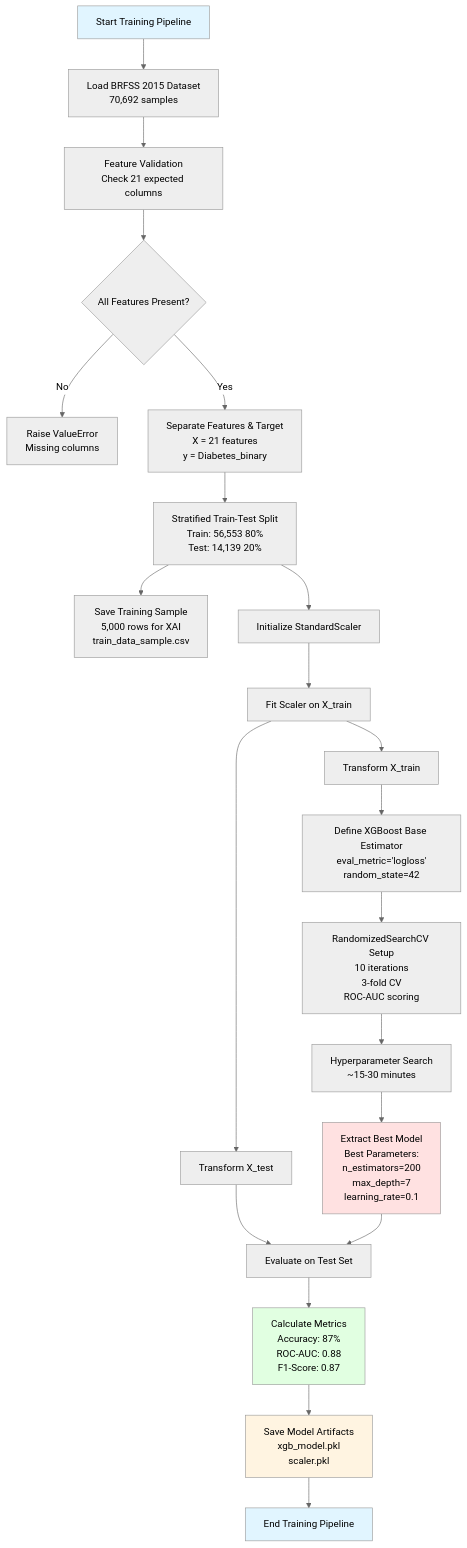
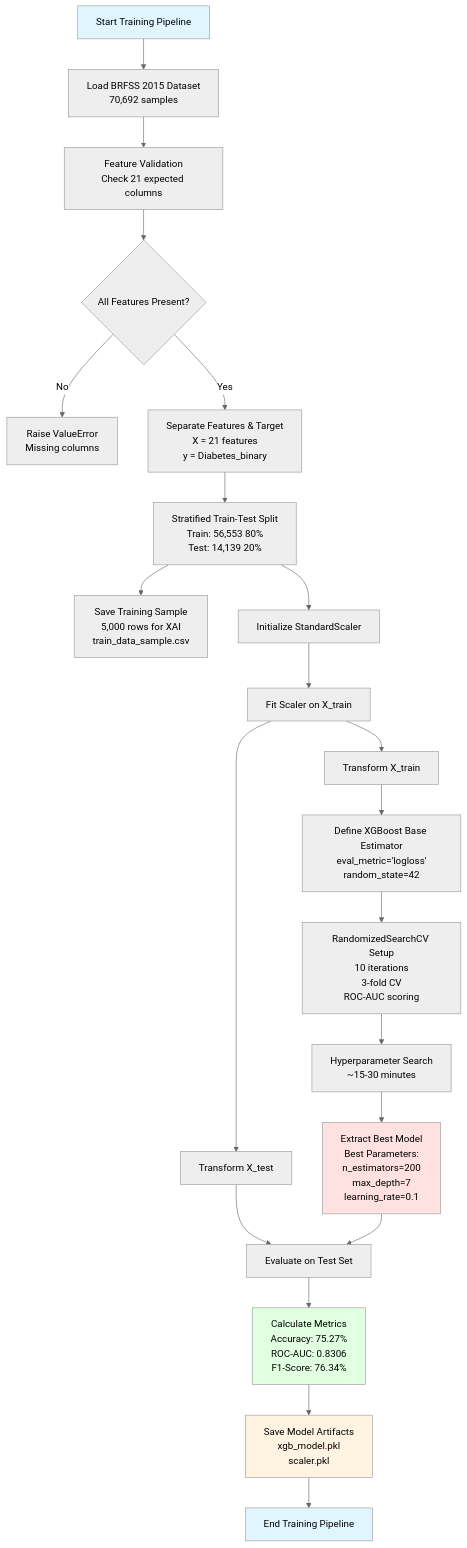
Before and after one commit to SAMI-CODEAI/Diabeties: the third of 14 diagrams in PROJECT_METHODOLOGY.md, drawn with Mermaid (neutral theme). The commit also changed other lines of this file and 20 other files, not shown here.

````diff
--- a/PROJECT_METHODOLOGY.md
+++ b/PROJECT_METHODOLOGY.md
@@ -292,39 +292,39 @@
 ```mermaid
 flowchart TD
     A[Start Training Pipeline] --> B[Load BRFSS 2015 Dataset<br/>70,692 samples]
     B --> C[Feature Validation<br/>Check 21 expected columns]
     C --> D{All Features Present?}
     D -->|No| E[Raise ValueError<br/>Missing columns]
     D -->|Yes| F[Separate Features & Target<br/>X = 21 features<br/>y = Diabetes_binary]
     F --> G[Stratified Train-Test Split<br/>Train: 56,553 80%<br/>Test: 14,139 20%]
     
     G --> H[Save Training Sample<br/>5,000 rows for XAI<br/>train_data_sample.csv]
     
     G --> I[Initialize StandardScaler]
     I --> J[Fit Scaler on X_train]
     J --> K[Transform X_train]
     J --> L[Transform X_test]
     
     K --> M[Define XGBoost Base Estimator<br/>eval_metric='logloss'<br/>random_state=42]
     
     M --> N[RandomizedSearchCV Setup<br/>10 iterations<br/>3-fold CV<br/>ROC-AUC scoring]
     
     N --> O[Hyperparameter Search<br/>~15-30 minutes]
     
     O --> P[Extract Best Model<br/>Best Parameters:<br/>n_estimators=200<br/>max_depth=7<br/>learning_rate=0.1]
     
     L --> Q[Evaluate on Test Set]
     P --> Q
     
-    Q --> R[Calculate Metrics<br/>Accuracy: 87%<br/>ROC-AUC: 0.88<br/>F1-Score: 0.87]
+    Q --> R[Calculate Metrics<br/>Accuracy: 75.27%<br/>ROC-AUC: 0.8306<br/>F1-Score: 76.34%]
     
     R --> S[Save Model Artifacts<br/>xgb_model.pkl<br/>scaler.pkl]
     
     S --> T[End Training Pipeline]
     
     style A fill:#e1f5ff
     style P fill:#ffe1e1
     style R fill:#e1ffe1
     style S fill:#fff4e1
     style T fill:#e1f5ff
 ```
````
